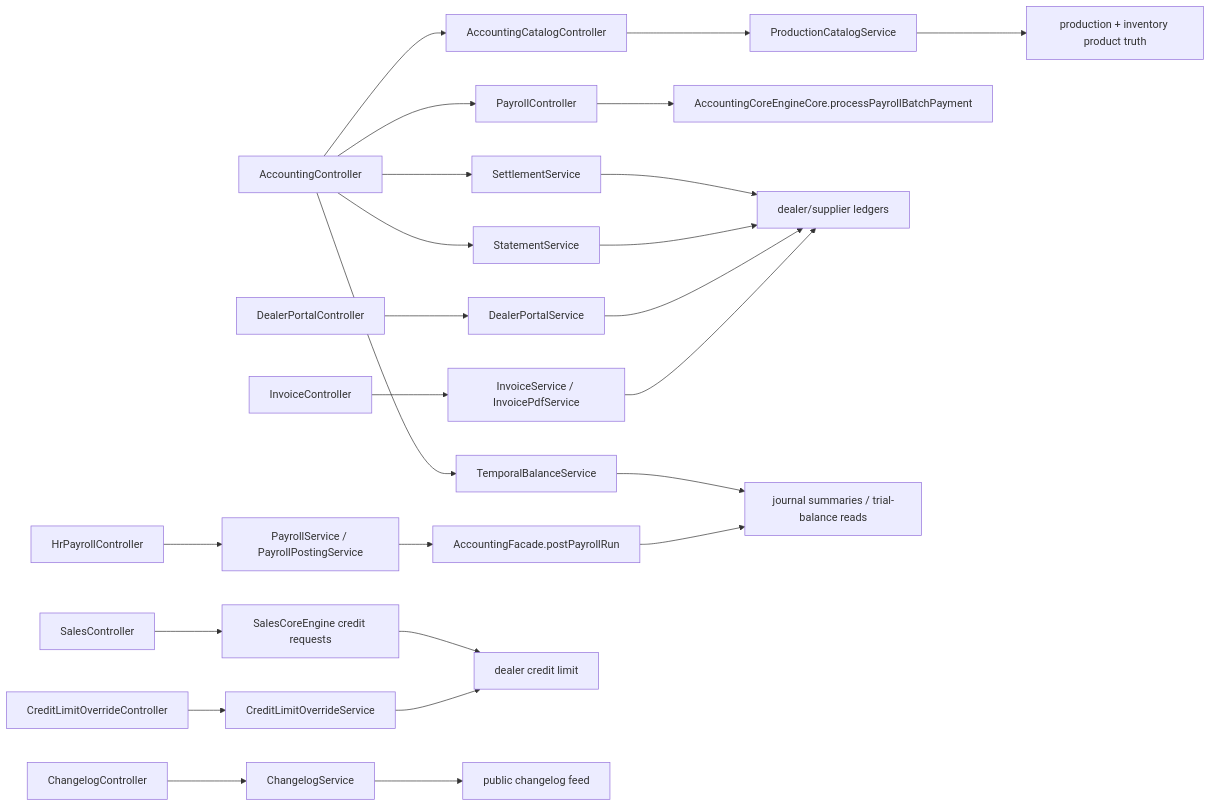
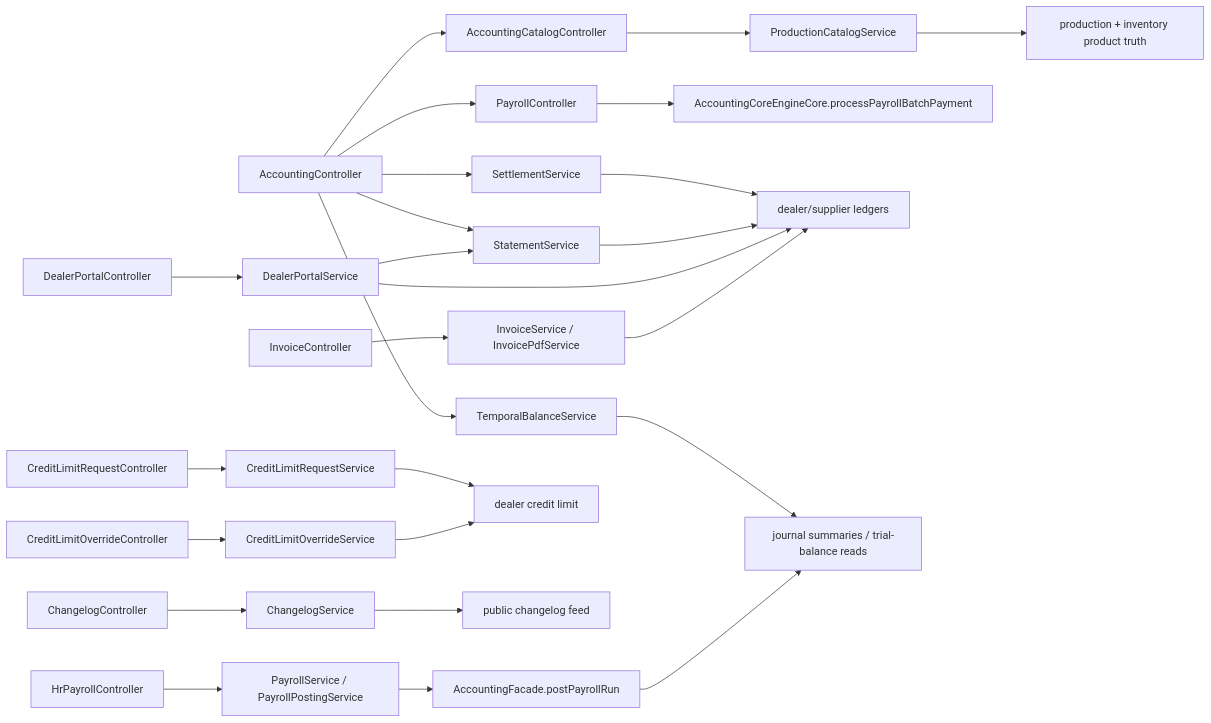
Before and after one commit to anasibnanwar-XYE/bigbrightpaints-erp: the diagram in docs/developer/accounting-flows/12-accounting-outward-flow-map.md, drawn with Mermaid. The commit also changed other lines of this file and 42 other files, not shown here.

````diff
--- a/docs/developer/accounting-flows/12-accounting-outward-flow-map.md
+++ b/docs/developer/accounting-flows/12-accounting-outward-flow-map.md
@@ -20,29 +20,30 @@
 ```mermaid
 flowchart LR
     ACC["AccountingController"] --> SET["SettlementService"]
     ACC --> STM["StatementService"]
     ACC --> TMP["TemporalBalanceService"]
     ACC --> CAT["AccountingCatalogController"]
     CAT --> PCS["ProductionCatalogService"]
     ACC --> PAY["PayrollController"]
     PAY --> AENG["AccountingCoreEngineCore.processPayrollBatchPayment"]
 
-    SALES["SalesController"] --> CR["SalesCoreEngine credit requests"]
+    CLR["CreditLimitRequestController"] --> CLS["CreditLimitRequestService"]
     OVR["CreditLimitOverrideController"] --> OVS["CreditLimitOverrideService"]
     DEAL["DealerPortalController"] --> DPS["DealerPortalService"]
     INV["InvoiceController"] --> IVS["InvoiceService / InvoicePdfService"]
     HR["HrPayrollController"] --> HPS["PayrollService / PayrollPostingService"]
     HPS --> AF["AccountingFacade.postPayrollRun"]
     CHG["ChangelogController"] --> CHS["ChangelogService"]
 
     PCS --> PROD["production + inventory product truth"]
     SET --> LED["dealer/supplier ledgers"]
     STM --> LED
     TMP --> JRN["journal summaries / trial-balance reads"]
-    CR --> DEALER["dealer credit limit"]
+    CLS --> DEALER["dealer credit limit"]
     OVS --> DEALER
     DPS --> LED
+    DPS --> STM
     IVS --> LED
     AF --> JRN
     CHS --> PUB["public changelog feed"]
 ```
````
